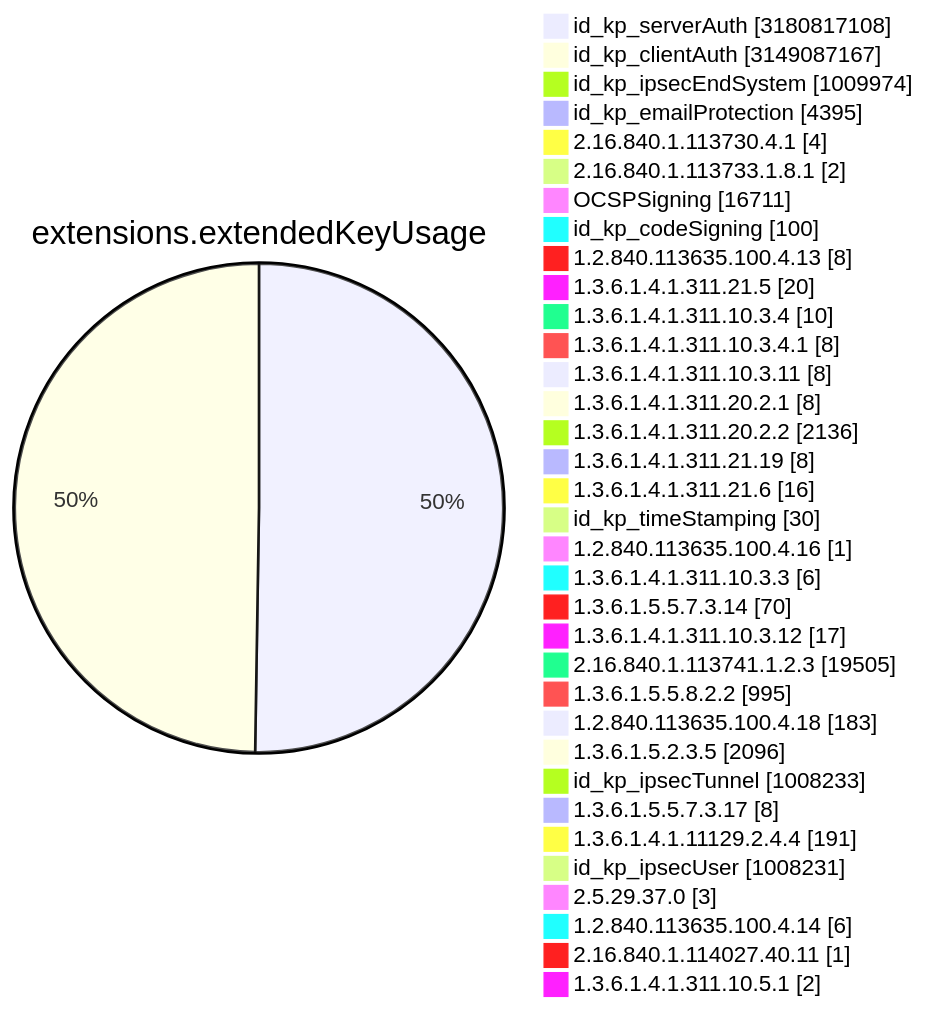
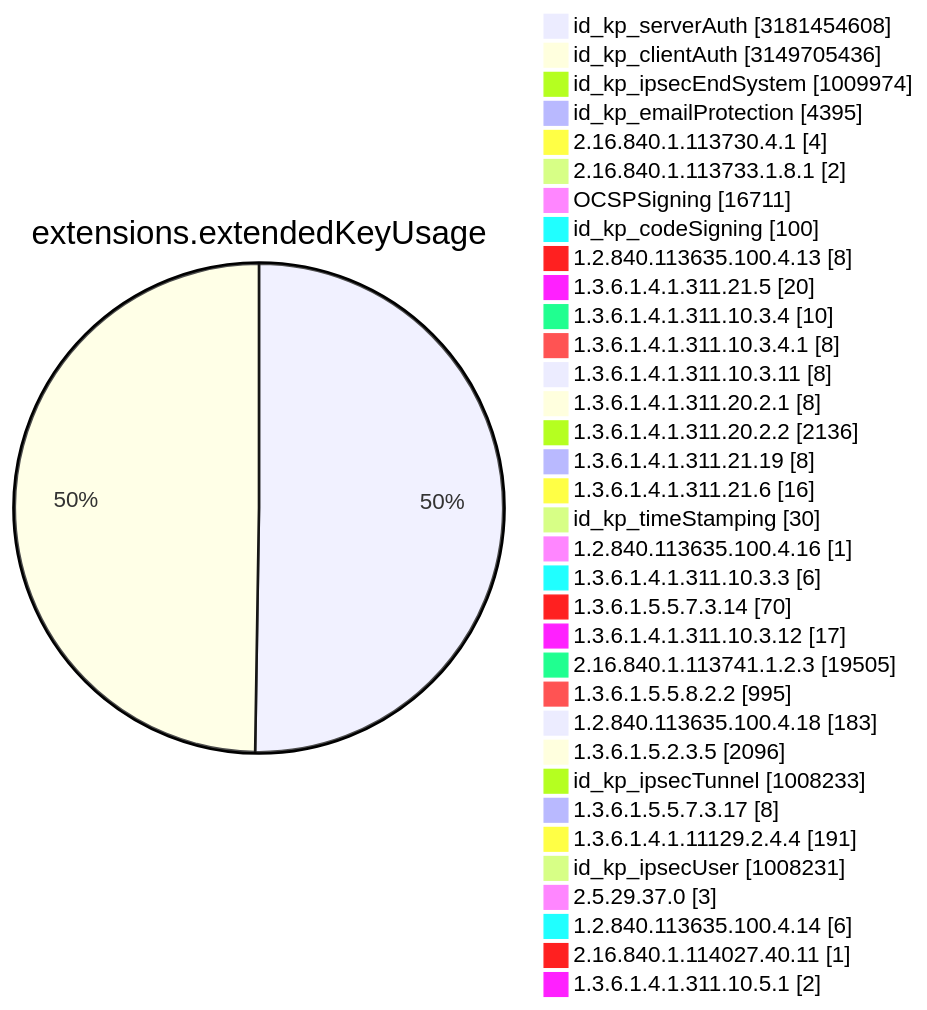
Before and after one commit to christiankrug/ctmonitor_visualization: diagram 11 of 15 in TOTAL/README.md, drawn with Mermaid. The commit also changed other lines of this file, not shown here.

````diff
--- a/TOTAL/README.md
+++ b/TOTAL/README.md
@@ -4119,38 +4119,38 @@
 ```mermaid
 pie showData
 title extensions.extendedKeyUsage
-"id_kp_serverAuth" :3180817108
-"id_kp_clientAuth" :3149087167
+"id_kp_serverAuth" :3181454608
+"id_kp_clientAuth" :3149705436
 "id_kp_ipsecEndSystem" :1009974
 "id_kp_emailProtection" :4395
 "2.16.840.1.113730.4.1" :4
 "2.16.840.1.113733.1.8.1" :2
 "OCSPSigning" :16711
 "id_kp_codeSigning" :100
 "1.2.840.113635.100.4.13" :8
 "1.3.6.1.4.1.311.21.5" :20
 "1.3.6.1.4.1.311.10.3.4" :10
 "1.3.6.1.4.1.311.10.3.4.1" :8
 "1.3.6.1.4.1.311.10.3.11" :8
 "1.3.6.1.4.1.311.20.2.1" :8
 "1.3.6.1.4.1.311.20.2.2" :2136
 "1.3.6.1.4.1.311.21.19" :8
 "1.3.6.1.4.1.311.21.6" :16
 "id_kp_timeStamping" :30
 "1.2.840.113635.100.4.16" :1
 "1.3.6.1.4.1.311.10.3.3" :6
 "1.3.6.1.5.5.7.3.14" :70
 "1.3.6.1.4.1.311.10.3.12" :17
 "2.16.840.1.113741.1.2.3" :19505
 "1.3.6.1.5.5.8.2.2" :995
 "1.2.840.113635.100.4.18" :183
 "1.3.6.1.5.2.3.5" :2096
 "id_kp_ipsecTunnel" :1008233
 "1.3.6.1.5.5.7.3.17" :8
 "1.3.6.1.4.1.11129.2.4.4" :191
 "id_kp_ipsecUser" :1008231
 "2.5.29.37.0" :3
 "1.2.840.113635.100.4.14" :6
 "2.16.840.1.114027.40.11" :1
 "1.3.6.1.4.1.311.10.5.1" :2
 ```
````
